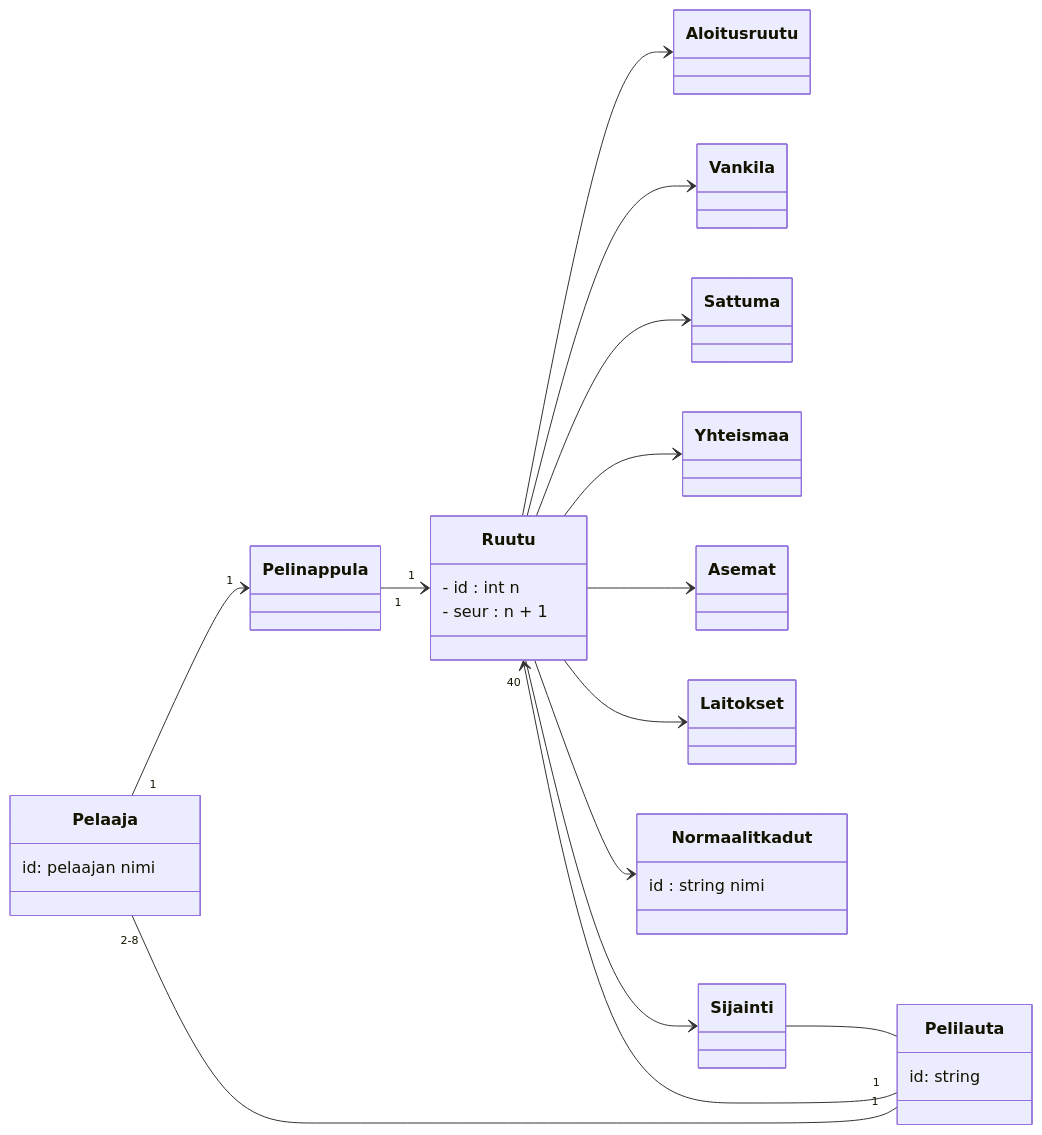
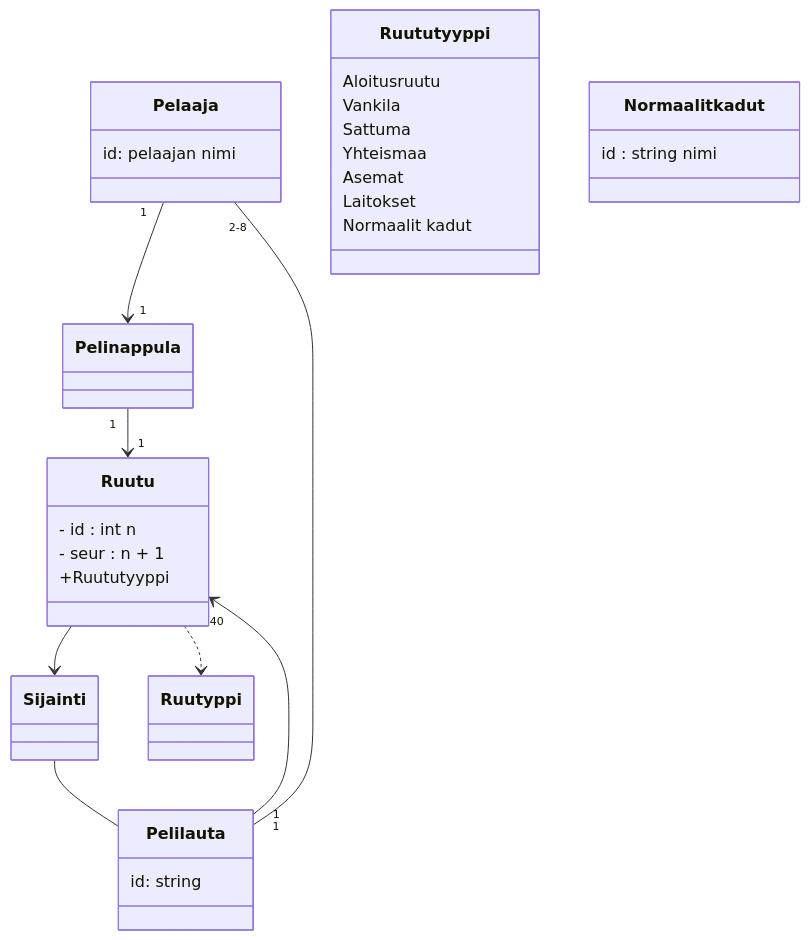
One commit to brotholi/ot-harjoitustyo changed the diagram in laskarit/viikko3/monopoli.md. Above: the diagram before and after it, drawn with Mermaid.

````diff
--- a/laskarit/viikko3/monopoli.md
+++ b/laskarit/viikko3/monopoli.md
@@ -1,50 +1,57 @@
 ```mermaid
  classDiagram
     
     
     class Pelaaja {
         id: pelaajan nimi
     }
 
     class Pelilauta {
      id: string   
     }
     
     
     class Ruutu {
     - id : int n
     - seur : n + 1
-     }
+     +Ruututyyppi 
+    
+    }
+    
+    class Ruututyyppi {
+     Aloitusruutu
+     Vankila
+     Sattuma
+     Yhteismaa
+     Asemat
+     Laitokset
+     Normaalit kadut
+   
+    }
+    
     
 
     class Normaalit kadut {
     id : string nimi
     }
          
     class Pelinappula {
     }
     
-    direction LR
+
     Pelilauta "1" -- "2-8" Pelaaja
-    direction TD
+
     Pelaaja "1" --> "1" Pelinappula
     Pelilauta "1" --> "40" Ruutu
     Pelinappula "1" --> "1" Ruutu
-    Ruutu --> Aloitusruutu
-    Ruutu --> Vankila
-    Ruutu --> Sattuma
-    Ruutu --> Yhteismaa
-    Ruutu --> Asemat
-    Ruutu --> Laitokset
-    Ruutu --> Normaalit kadut
-    
-    direction LR
+
     
     Sijainti -- Pelilauta
     
     Ruutu --> Sijainti
+    Ruutu ..> Ruutyppi 
     
 
 
     
 ```
````
